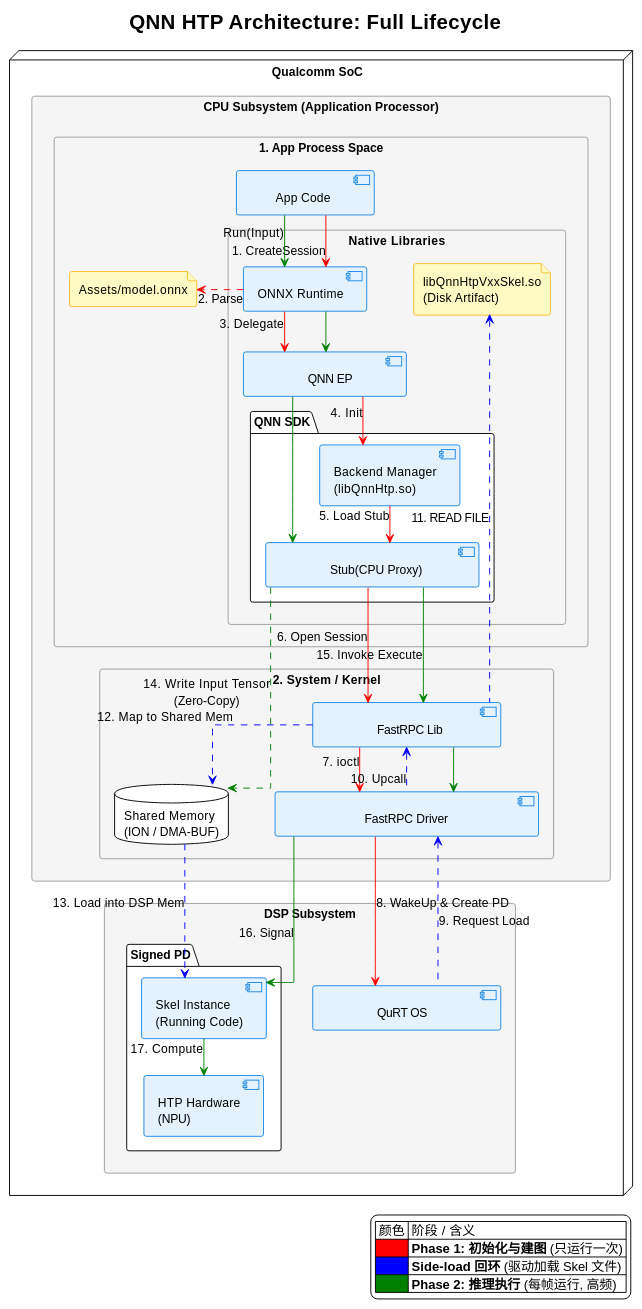
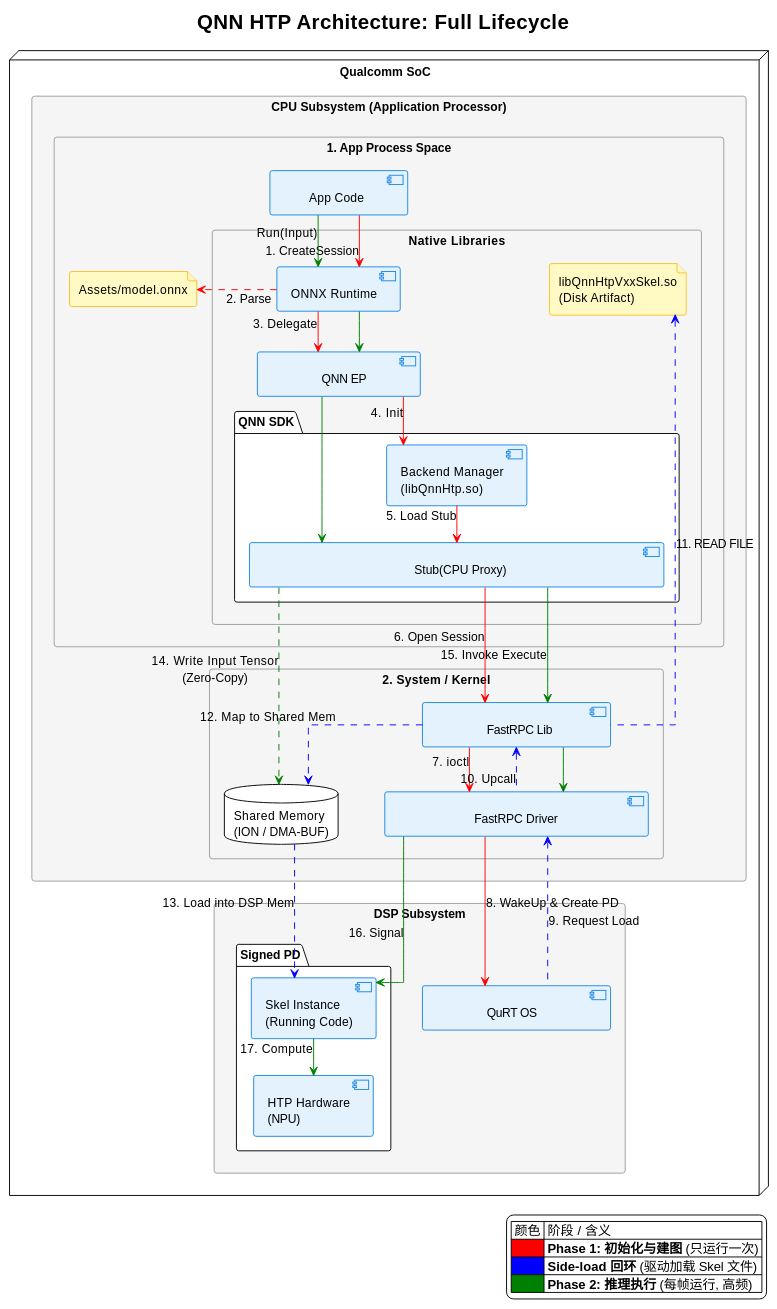
One commit to Ethen-Cao/ethenslab changed the diagram in content/explore-ai/ONNX-Runtime.md. Above: the diagram before and after it, drawn with PlantUML. The commit also changed other lines of this file and 3 other files, not shown here.

```diff
--- a/content/explore-ai/ONNX-Runtime.md
+++ b/content/explore-ai/ONNX-Runtime.md
@@ -63,7 +63,7 @@
                 
                 package "QNN SDK" {
                     component "Backend Manager\n(libQnnHtp.so)" as QnnHtp
-                    component "\t\tStub(CPU Proxy)\t\t" as QnnStub
+                    component "\t\t\t\t\t\tStub(CPU Proxy)\t\t\t\t\t\t" as QnnStub
                 }
                 
                 file "libQnnHtpVxxSkel.so\n(Disk Artifact)" as SkelFile
```
